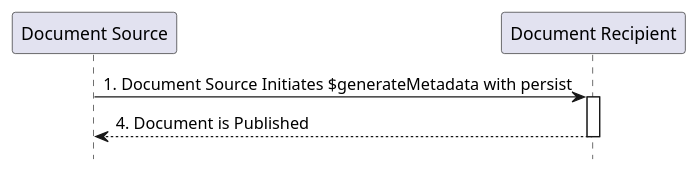
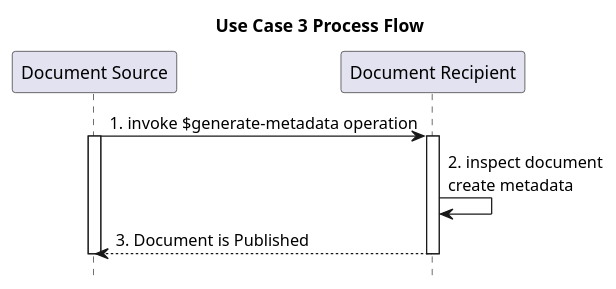
Before and after one commit to IHE/ITI.MHD: the diagram in input/images-source/usecase3-processflow.plantuml, drawn with PlantUML. The commit also changed 24 other files, not shown here.

```diff
--- a/input/images-source/usecase3-processflow.plantuml
+++ b/input/images-source/usecase3-processflow.plantuml
@@ -1,10 +1,13 @@
 @startuml
+title Use Case 3 Process Flow
 hide footbox
 participant "Document Source" as DocumentSource
 participant "Document Recipient" as DocumentRecipient
-"DocumentSource" -> "DocumentRecipient" : 1. Document Source Initiates $generateMetadata with persist
-activate "DocumentRecipient"
-"DocumentRecipient" --> "DocumentSource" : 4. Document is Published
-deactivate "DocumentSource"
-deactivate "DocumentRecipient"
+DocumentSource -> DocumentRecipient : 1. invoke $generate-metadata operation
+activate DocumentSource
+activate DocumentRecipient
+DocumentRecipient -> DocumentRecipient : 2. inspect document \ncreate metadata
+DocumentSource <-- DocumentRecipient : 3. Document is Published
+deactivate DocumentRecipient
+deactivate DocumentSource
 @enduml
```
